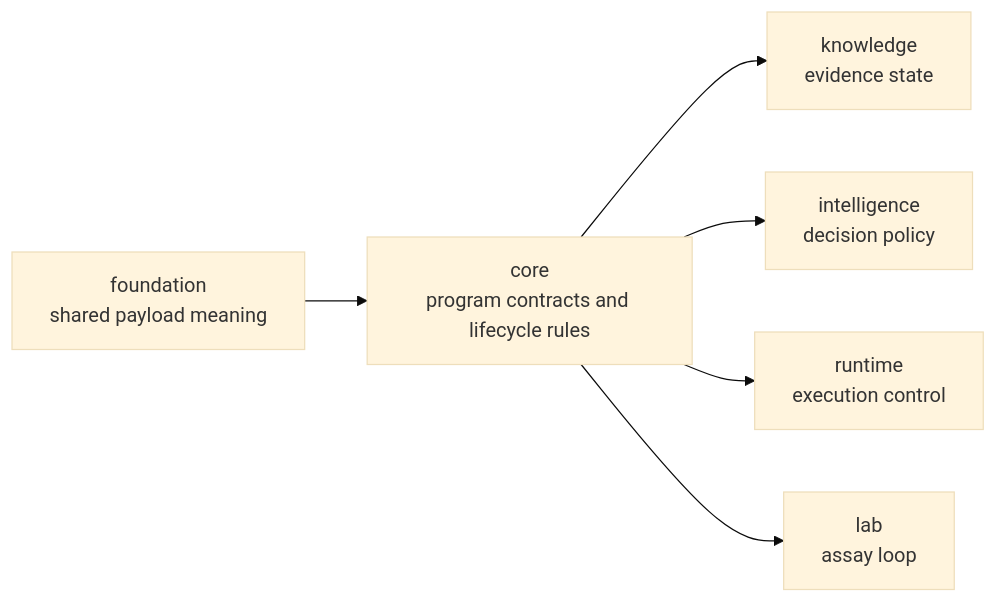
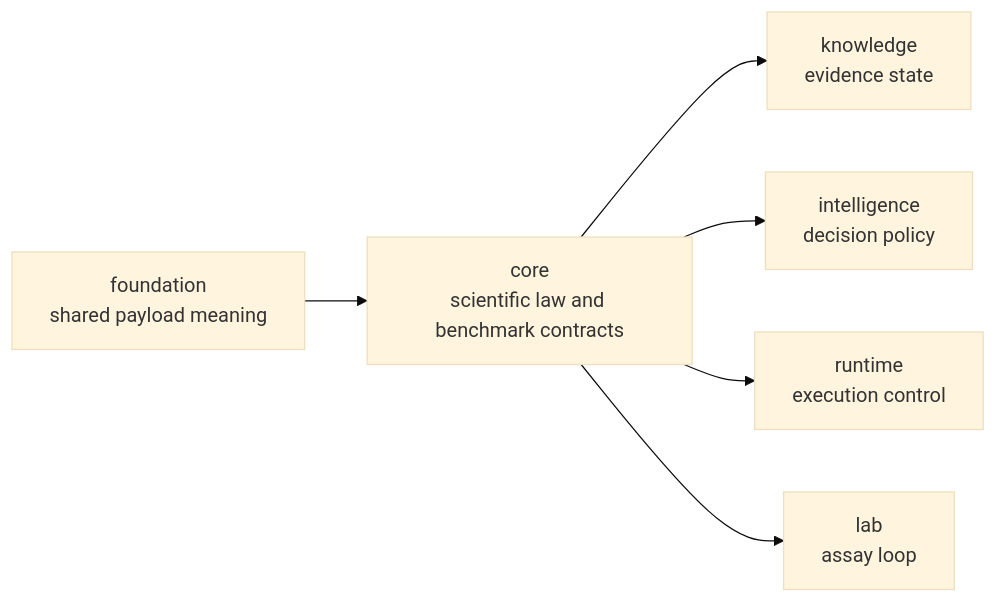
Before and after one commit to bijux/bijux-proteomics: the diagram in docs/04-bijux-proteomics-core/index.md, drawn with Mermaid (base theme). The commit also changed other lines of this file and 5 other files, not shown here.

Commit message:
docs(core): deepen family and benchmark proof routes

````diff
--- a/docs/04-bijux-proteomics-core/index.md
+++ b/docs/04-bijux-proteomics-core/index.md
@@ -26,15 +25,15 @@
 ```mermaid
 flowchart LR
     foundation["foundation<br/>shared payload meaning"]
-    core["core<br/>program contracts and lifecycle rules"]
+    core["core<br/>scientific law and benchmark contracts"]
     knowledge["knowledge<br/>evidence state"]
     intelligence["intelligence<br/>decision policy"]
     runtime["runtime<br/>execution control"]
     lab["lab<br/>assay loop"]
 
     foundation --> core
     core --> knowledge
     core --> intelligence
     core --> runtime
     core --> lab
 ```
````
